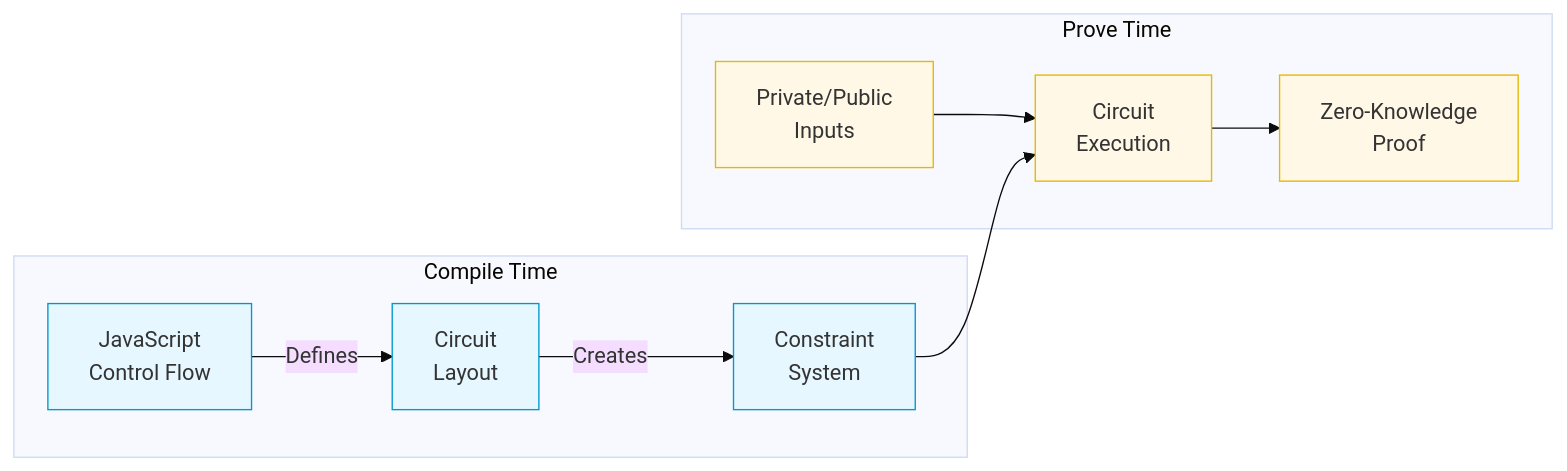
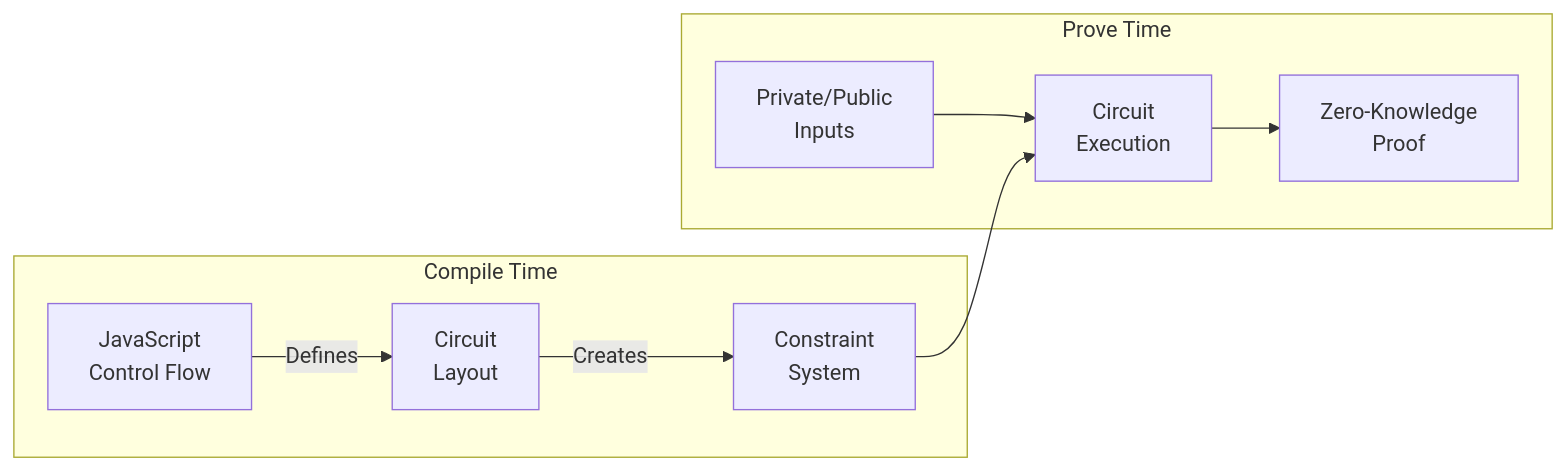
Before and after one commit to o1-labs/o1js-documentation-site: the diagram in docs/writing-constraint-systems/conditional-logic.mdx, drawn with Mermaid. The commit also changed 13 other files, not shown here.

Commit message:
mermaid theme

````diff
--- a/docs/writing-constraint-systems/conditional-logic.mdx
+++ b/docs/writing-constraint-systems/conditional-logic.mdx
@@ -13,43 +13,26 @@
 ```mermaid
-%%{init: {'theme': 'base', 'themeVariables': { 'fontSize': '16px', 'fontFamily': 'system-ui' }}}%%
 graph LR
-    %% Compile Time section
-    A["JavaScript<br/>Control Flow"] --> |"Defines"| B["Circuit<br/>Layout"]
-    B --> |"Creates"| C["Constraint<br/>System"]
-    
-    %% Prove Time section
-    D["Private/Public<br/>Inputs"] --> E["Circuit<br/>Execution"]
-    E --> F["Zero-Knowledge<br/>Proof"]
-    
-    %% Connect sections
-    C --> E
-    
-    %% Subgraph styling
-    subgraph ct[" Compile Time "]
-        A
-        B
-        C
-    end
-    
-    subgraph pt[" Prove Time "]
-        D
-        E
-        F
-    end
-    
-    %% Node styling
-    style A fill:#e6f7ff,stroke:#0099cc
-    style B fill:#e6f7ff,stroke:#0099cc
-    style C fill:#e6f7ff,stroke:#0099cc
-    style D fill:#fff8e6,stroke:#e6b800
-    style E fill:#fff8e6,stroke:#e6b800
-    style F fill:#fff8e6,stroke:#e6b800
-    
-    %% Add tooltips with detailed info
-    click A href "#" "JavaScript code shapes the circuit structure"
-    click B href "#" "Circuit layout is finalized"
-    click C href "#" "Mathematical constraints are generated"
-    click D href "#" "Values to be proven"
-    click E href "#" "Circuit runs with actual values"
-    click F href "#" "Proof that computation is valid"
+%% Compile Time section
+A["JavaScript<br/>Control Flow"] --> |"Defines"| B["Circuit<br/>Layout"]
+B --> |"Creates"| C["Constraint<br/>System"]
+
+%% Prove Time section
+D["Private/Public<br/>Inputs"] --> E["Circuit<br/>Execution"]
+E --> F["Zero-Knowledge<br/>Proof"]
+
+%% Connect sections
+C --> E
+
+%% Subgraph styling
+subgraph ct[" Compile Time "]
+    A
+    B
+    C
+end
+
+subgraph pt[" Prove Time "]
+    D
+    E
+    F
+end
 ```
````
